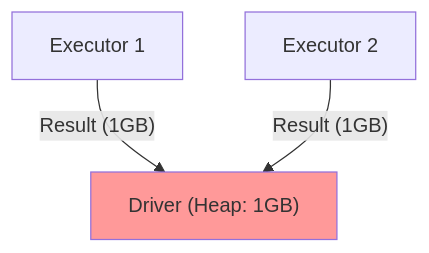
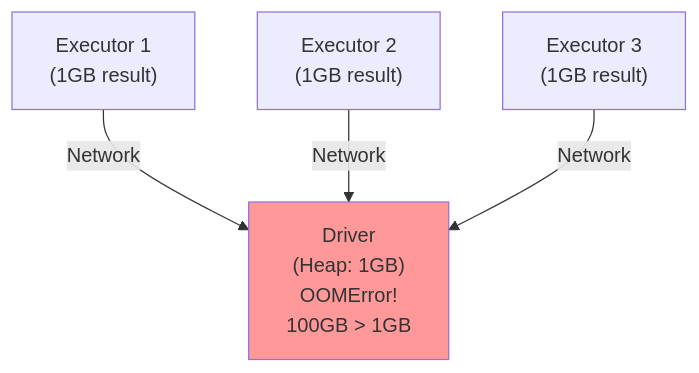
The fifth of 6 diagrams in Batch Processing/02_Apache_Spark.md (Anmol33/SystemDesign), drawn with Mermaid before and after one commit. The commit also changed other lines of this file and 5 other files, not shown here.

````diff
--- a/Batch Processing/02_Apache_Spark.md
+++ b/Batch Processing/02_Apache_Spark.md
@@ -195,6 +204,8 @@
 ```mermaid
 graph TD
-    E1["Executor 1"] -- "Result (1GB)" --> D["Driver (Heap: 1GB)"]
-    E2["Executor 2"] -- "Result (1GB)" --> D
+    E1["Executor 1<br/>(1GB result)"] -- "Network" --> D["Driver<br/>(Heap: 1GB)<br/>OOMError!<br/>100GB > 1GB"]
+    E2["Executor 2<br/>(1GB result)"] -- "Network" --> D
+    E3["Executor 3<br/>(1GB result)"] -- "Network" --> D
+    
     style D fill:#ff9999
 ```
````
